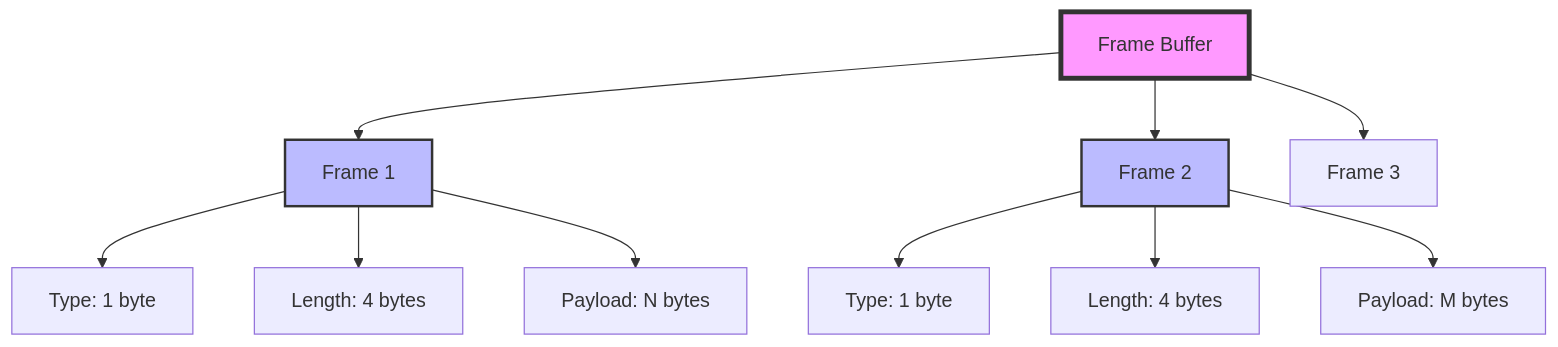
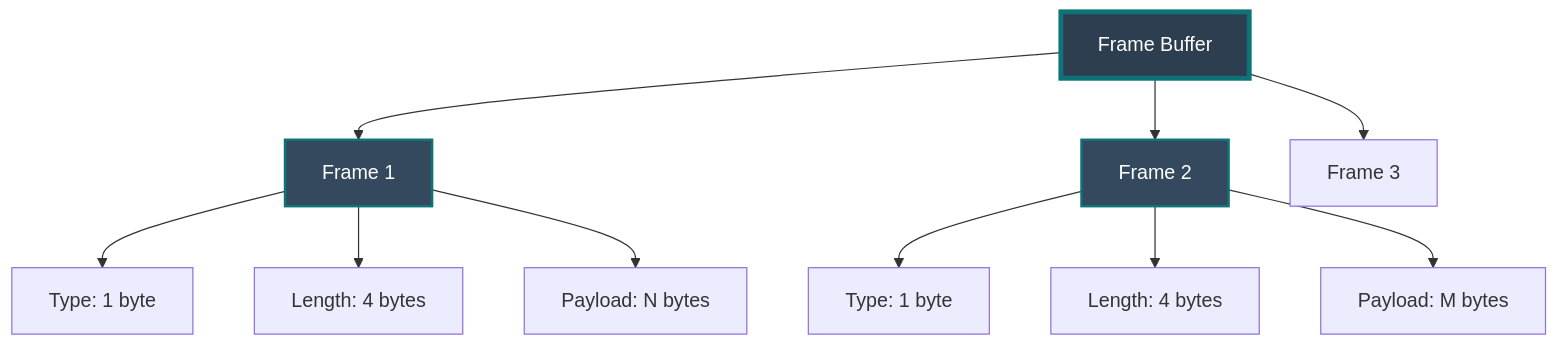
One commit to Mikedan37/BlazeBinary changed the diagram in Docs/DIAGRAMS/buffer_layout.mmd. Above: the diagram before and after it, drawn with Mermaid. The commit also changed 11 other files, not shown here.

First line of the commit message:
Improve Mermaid diagrams and code display formatting

```diff
--- a/Docs/DIAGRAMS/buffer_layout.mmd
+++ b/Docs/DIAGRAMS/buffer_layout.mmd
@@ -1,16 +1,16 @@
 graph TD
     A[Frame Buffer] --> B[Frame 1]
     A --> C[Frame 2]
     A --> D[Frame 3]
     
     B --> B1[Type: 1 byte]
     B --> B2[Length: 4 bytes]
     B --> B3[Payload: N bytes]
     
     C --> C1[Type: 1 byte]
     C --> C2[Length: 4 bytes]
     C --> C3[Payload: M bytes]
     
-    style A fill:#f9f,stroke:#333,stroke-width:4px
-    style B fill:#bbf,stroke:#333,stroke-width:2px
-    style C fill:#bbf,stroke:#333,stroke-width:2px
+    style A fill:#2c3e50,stroke:#0d7377,stroke-width:4px,color:#ffffff
+    style B fill:#34495e,stroke:#0d7377,stroke-width:2px,color:#ffffff
+    style C fill:#34495e,stroke:#0d7377,stroke-width:2px,color:#ffffff
```
